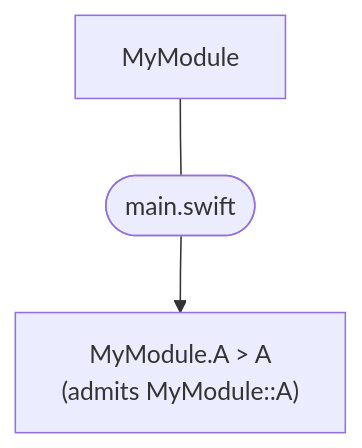
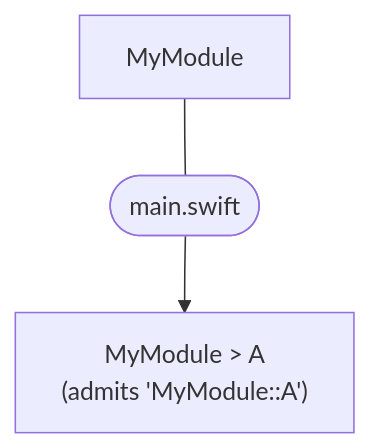
One commit to swiftlang/swift-syntax changed the first of 8 diagrams in Sources/SwiftLexicalLookup/SwiftLexicalLookup.docc/TypeGraph.md. Above: the diagram before and after it, drawn with Mermaid. The commit also changed other lines of this file, not shown here.

````diff
--- a/Sources/SwiftLexicalLookup/SwiftLexicalLookup.docc/TypeGraph.md
+++ b/Sources/SwiftLexicalLookup/SwiftLexicalLookup.docc/TypeGraph.md
@@ -39,9 +39,9 @@
 ```mermaid
 flowchart TD
     root["MyModule"]
-    memberA["MyModule.A > A<br/>(admits MyModule::A)"]
+    memberA["MyModule > A<br/>(admits 'MyModule::A')"]
     file(["main.swift"])
 
     root --- file
     file --> memberA
 ```
````
